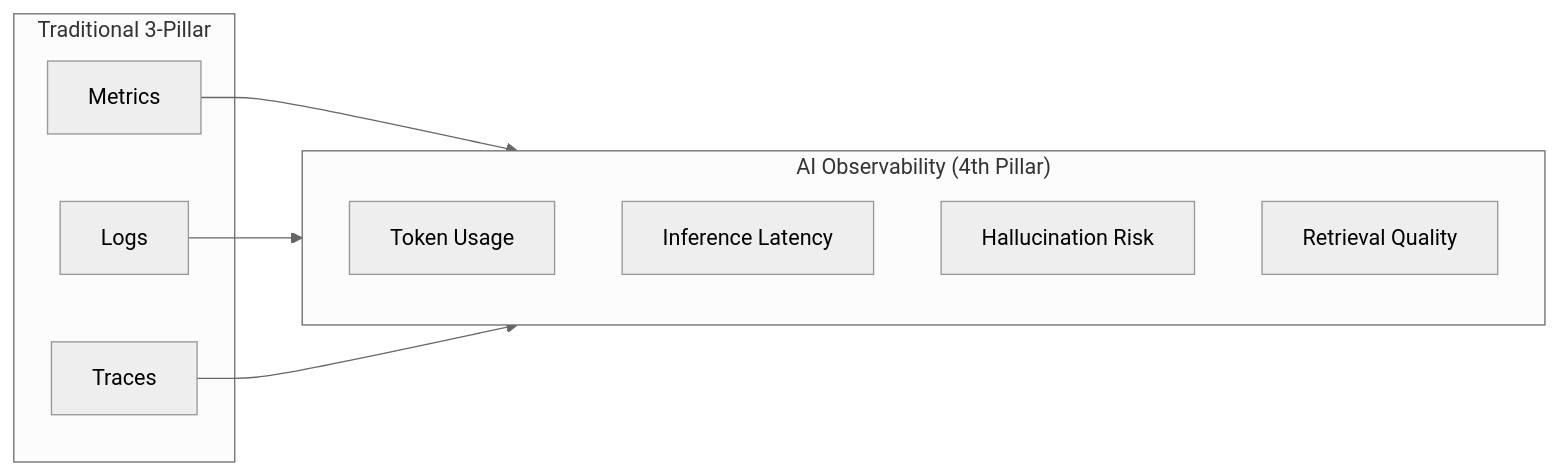
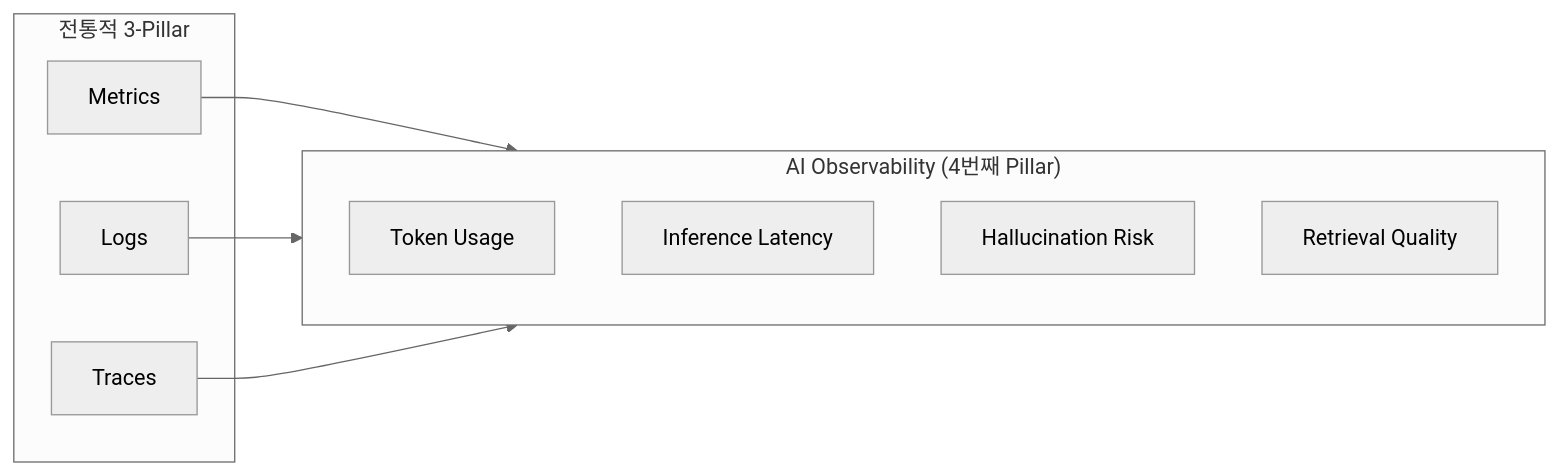
The third of 6 diagrams in i18n/en/docusaurus-plugin-content-docs/current/aidlc/agentic-ops/aiops-observability-stack.md (devfloor9/engineering-playbook), drawn with Mermaid (neutral theme) before and after one commit. The commit also changed other lines of this file and 95 other files, not shown here.

````diff
--- a/i18n/en/docusaurus-plugin-content-docs/current/aidlc/agentic-ops/aiops-observability-stack.md
+++ b/i18n/en/docusaurus-plugin-content-docs/current/aidlc/agentic-ops/aiops-observability-stack.md
@@ -372,19 +371,19 @@
 ```mermaid
 graph LR
-    subgraph Traditional["Traditional 3-Pillar"]
-        M[Metrics]
-        L[Logs]
-        T[Traces]
-    end
+ subgraph Traditional["전통적 3-Pillar"]
+ M[Metrics]
+ L[Logs]
+ T[Traces]
+ end
 
-    subgraph AI["AI Observability (4th Pillar)"]
-        TK[Token Usage]
-        LAT[Inference Latency]
-        HALL[Hallucination Risk]
-        RET[Retrieval Quality]
-    end
+ subgraph AI["AI Observability (4번째 Pillar)"]
+ TK[Token Usage]
+ LAT[Inference Latency]
+ HALL[Hallucination Risk]
+ RET[Retrieval Quality]
+ end
 
-    M --> AI
-    L --> AI
-    T --> AI
+ M --> AI
+ L --> AI
+ T --> AI
 ```
````
